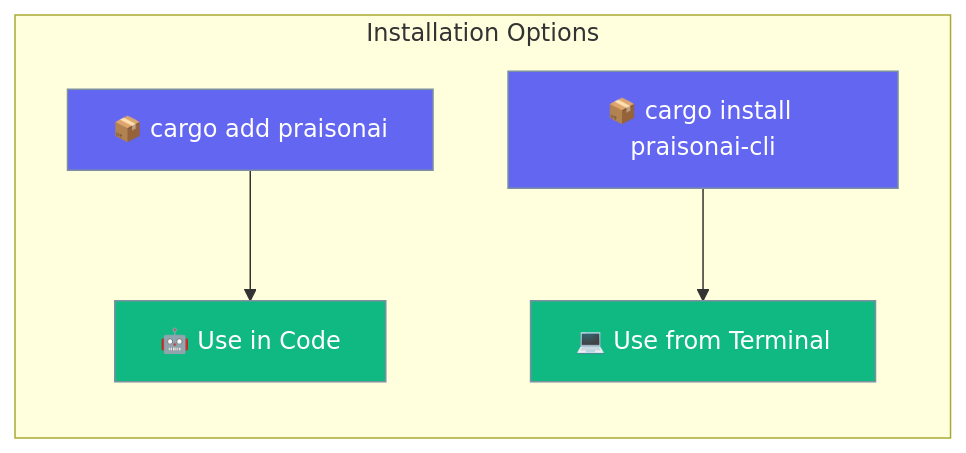
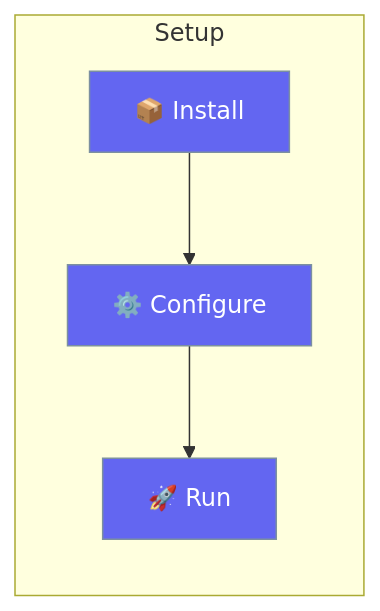
One commit to MervinPraison/PraisonAIDocs changed the diagram in docs/rust/installation.mdx. Above: the diagram before and after it, drawn with Mermaid. The commit also changed other lines of this file and 87 other files, not shown here.

````diff
--- a/docs/rust/installation.mdx
+++ b/docs/rust/installation.mdx
@@ -10,13 +10,10 @@
 ```mermaid
 graph LR
-    subgraph "Installation Options"
-        A[📦 cargo add praisonai] --> B[🤖 Use in Code]
-        C[📦 cargo install praisonai-cli] --> D[💻 Use from Terminal]
+    subgraph "Setup"
+        I[📦 Install] --> C[⚙️ Configure]
+        C --> R[🚀 Run]
     end
     
-    classDef install fill:#6366F1,stroke:#7C90A0,color:#fff
-    classDef use fill:#10B981,stroke:#7C90A0,color:#fff
-    
-    class A,C install
-    class B,D use
+    classDef step fill:#6366F1,stroke:#7C90A0,color:#fff
+    class I,C,R step
 ```
````
